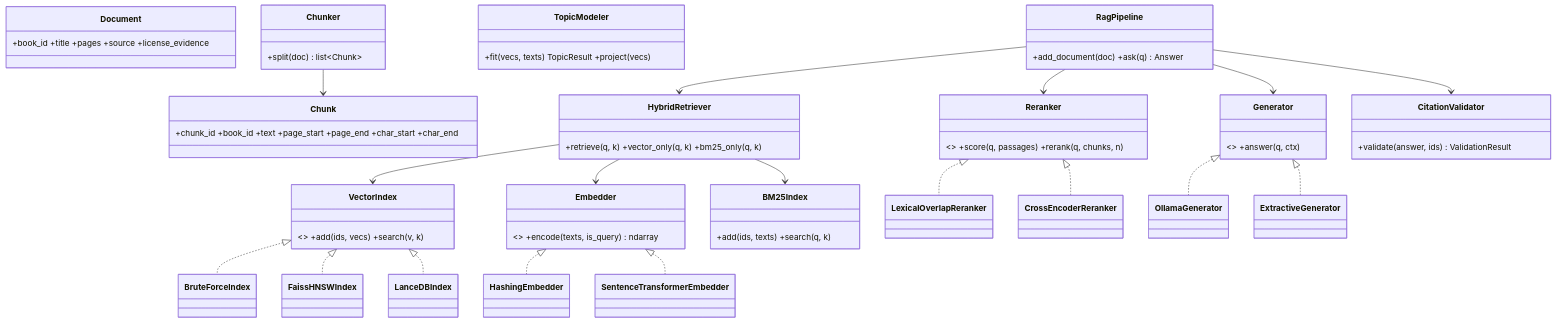
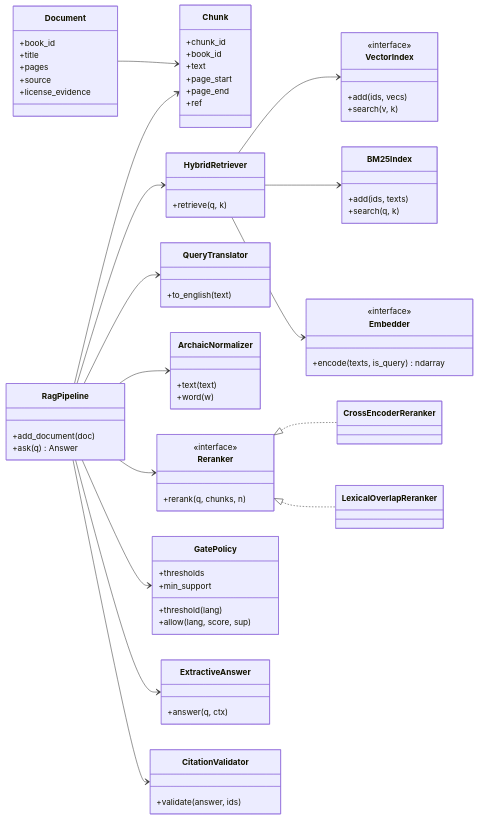
The eighth of 9 diagrams in docs/ARCHITECTURE.md (IgorCSIS/scripture-rag), drawn with Mermaid before and after one commit. The commit also changed other lines of this file and 5 other files, not shown here.

Commit message:
README and ARCHITECTURE match the final extractive pipeline: two gates, translation, verse chunks, parity; descriptive alt text; fresh screenshots

````diff
--- a/docs/ARCHITECTURE.md
+++ b/docs/ARCHITECTURE.md
@@ -153,41 +156,78 @@
 ```mermaid
 classDiagram
-  class Document { +book_id +title +pages +source +license_evidence }
-  class Chunk { +chunk_id +book_id +text +page_start +page_end +char_start +char_end }
-  class Chunker { +split(doc) list~Chunk~ }
-  class Embedder { <<interface>> +encode(texts, is_query) ndarray }
-  class HashingEmbedder
-  class SentenceTransformerEmbedder
-  class VectorIndex { <<interface>> +add(ids, vecs) +search(v, k) }
-  class BruteForceIndex
-  class FaissHNSWIndex
-  class LanceDBIndex
-  class BM25Index { +add(ids, texts) +search(q, k) }
-  class HybridRetriever { +retrieve(q, k) +vector_only(q, k) +bm25_only(q, k) }
-  class Reranker { <<interface>> +score(q, passages) +rerank(q, chunks, n) }
+  direction LR
+  class Document {
+    +book_id
+    +title
+    +pages
+    +source
+    +license_evidence
+  }
+  class Chunk {
+    +chunk_id
+    +book_id
+    +text
+    +page_start
+    +page_end
+    +ref
+  }
+  class Embedder {
+    <<interface>>
+    +encode(texts, is_query) ndarray
+  }
+  class VectorIndex {
+    <<interface>>
+    +add(ids, vecs)
+    +search(v, k)
+  }
+  class BM25Index {
+    +add(ids, texts)
+    +search(q, k)
+  }
+  class HybridRetriever {
+    +retrieve(q, k)
+  }
+  class QueryTranslator {
+    +to_english(text)
+  }
+  class ArchaicNormalizer {
+    +text(text)
+    +word(w)
+  }
+  class Reranker {
+    <<interface>>
+    +rerank(q, chunks, n)
+  }
+  class CrossEncoderReranker
   class LexicalOverlapReranker
-  class CrossEncoderReranker
-  class Generator { <<interface>> +answer(q, ctx) }
-  class OllamaGenerator
-  class ExtractiveGenerator
-  class CitationValidator { +validate(answer, ids) ValidationResult }
-  class TopicModeler { +fit(vecs, texts) TopicResult +project(vecs) }
-  class RagPipeline { +add_document(doc) +ask(q) Answer }
-  Embedder <|.. HashingEmbedder
-  Embedder <|.. SentenceTransformerEmbedder
-  VectorIndex <|.. BruteForceIndex
-  VectorIndex <|.. FaissHNSWIndex
-  VectorIndex <|.. LanceDBIndex
+  class GatePolicy {
+    +thresholds
+    +min_support
+    +threshold(lang)
+    +allow(lang, score, sup)
+  }
+  class ExtractiveAnswer {
+    +answer(q, ctx)
+  }
+  class CitationValidator {
+    +validate(answer, ids)
+  }
+  class RagPipeline {
+    +add_document(doc)
+    +ask(q) Answer
+  }
+  Reranker <|.. CrossEncoderReranker
   Reranker <|.. LexicalOverlapReranker
-  Reranker <|.. CrossEncoderReranker
-  Generator <|.. OllamaGenerator
-  Generator <|.. ExtractiveGenerator
   HybridRetriever --> VectorIndex
   HybridRetriever --> BM25Index
   HybridRetriever --> Embedder
-  Chunker --> Chunk
+  RagPipeline --> QueryTranslator
+  RagPipeline --> ArchaicNormalizer
   RagPipeline --> HybridRetriever
   RagPipeline --> Reranker
-  RagPipeline --> Generator
+  RagPipeline --> GatePolicy
+  RagPipeline --> ExtractiveAnswer
   RagPipeline --> CitationValidator
+  RagPipeline --> Chunk
+  Document --> Chunk
 ```
````
